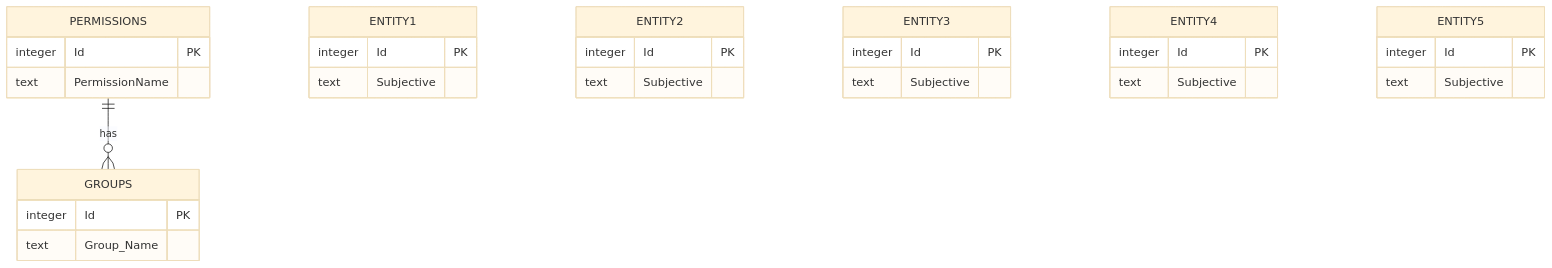
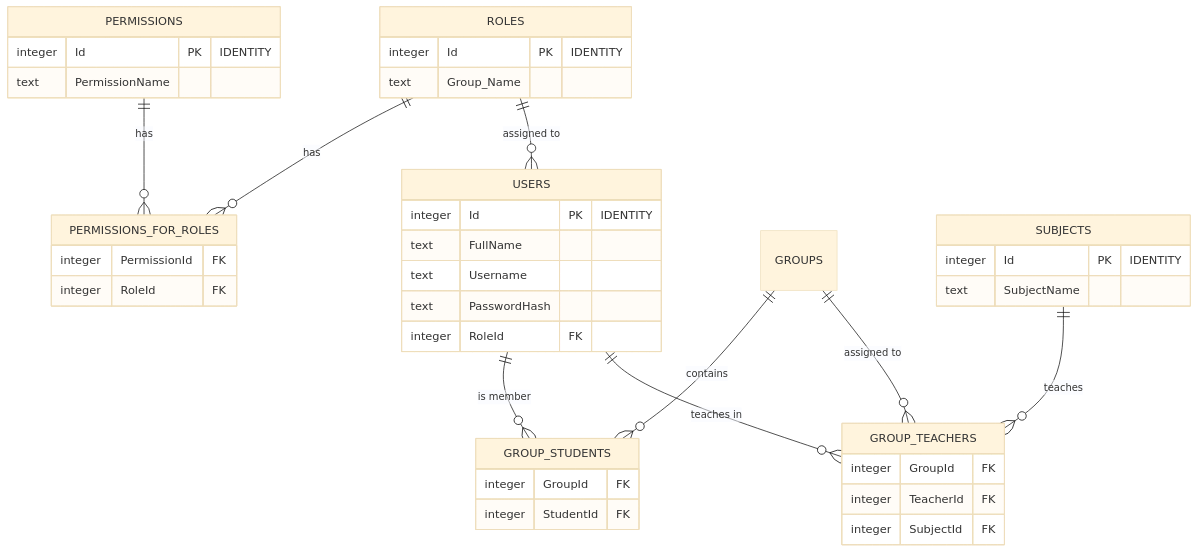
The diagram in ReadMe.md (kalanimus/IT_Project), drawn with Mermaid (base theme) before and after one commit.

Commit message:
Mermaid updated

````diff
--- a/ReadMe.md
+++ b/ReadMe.md
@@ -36,38 +36,50 @@
 ```mermaid
 erDiagram
-    PERMISSIONS ||--o{ GROUPS : has
+    PERMISSIONS ||--o{ PERMISSIONS_FOR_ROLES : "has"
+    ROLES ||--o{ PERMISSIONS_FOR_ROLES : "has"
+    ROLES ||--o{ USERS : "assigned to"
+    GROUPS ||--o{ GROUP_STUDENTS : "contains"
+    GROUPS ||--o{ GROUP_TEACHERS : "assigned to"
+    SUBJECTS ||--o{ GROUP_TEACHERS : "teaches"
+    USERS ||--o{ GROUP_STUDENTS : "is member"
+    USERS ||--o{ GROUP_TEACHERS : "teaches in"
+
     PERMISSIONS {
-        integer Id PK
+        integer Id PK "IDENTITY"
         text PermissionName
     }
-    
-    GROUPS {
-        integer Id PK
+
+    ROLES {
+        integer Id PK "IDENTITY"
         text Group_Name
     }
-    
-    ENTITY1 {
-        integer Id PK
-        text Subjective
+
+    PERMISSIONS_FOR_ROLES {
+        integer PermissionId FK
+        integer RoleId FK
     }
-    
-    ENTITY2 {
-        integer Id PK
-        text Subjective
+
+    SUBJECTS {
+        integer Id PK "IDENTITY"
+        text SubjectName
     }
-    
-    ENTITY3 {
-        integer Id PK
-        text Subjective
+
+    GROUP_STUDENTS {
+        integer GroupId FK
+        integer StudentId FK
     }
-    
-    ENTITY4 {
-        integer Id PK
-        text Subjective
+
+    USERS {
+        integer Id PK "IDENTITY"
+        text FullName
+        text Username
+        text PasswordHash
+        integer RoleId FK
     }
-    
-    ENTITY5 {
-        integer Id PK
-        text Subjective
+
+    GROUP_TEACHERS {
+        integer GroupId FK
+        integer TeacherId FK
+        integer SubjectId FK
     }
 ```
````
